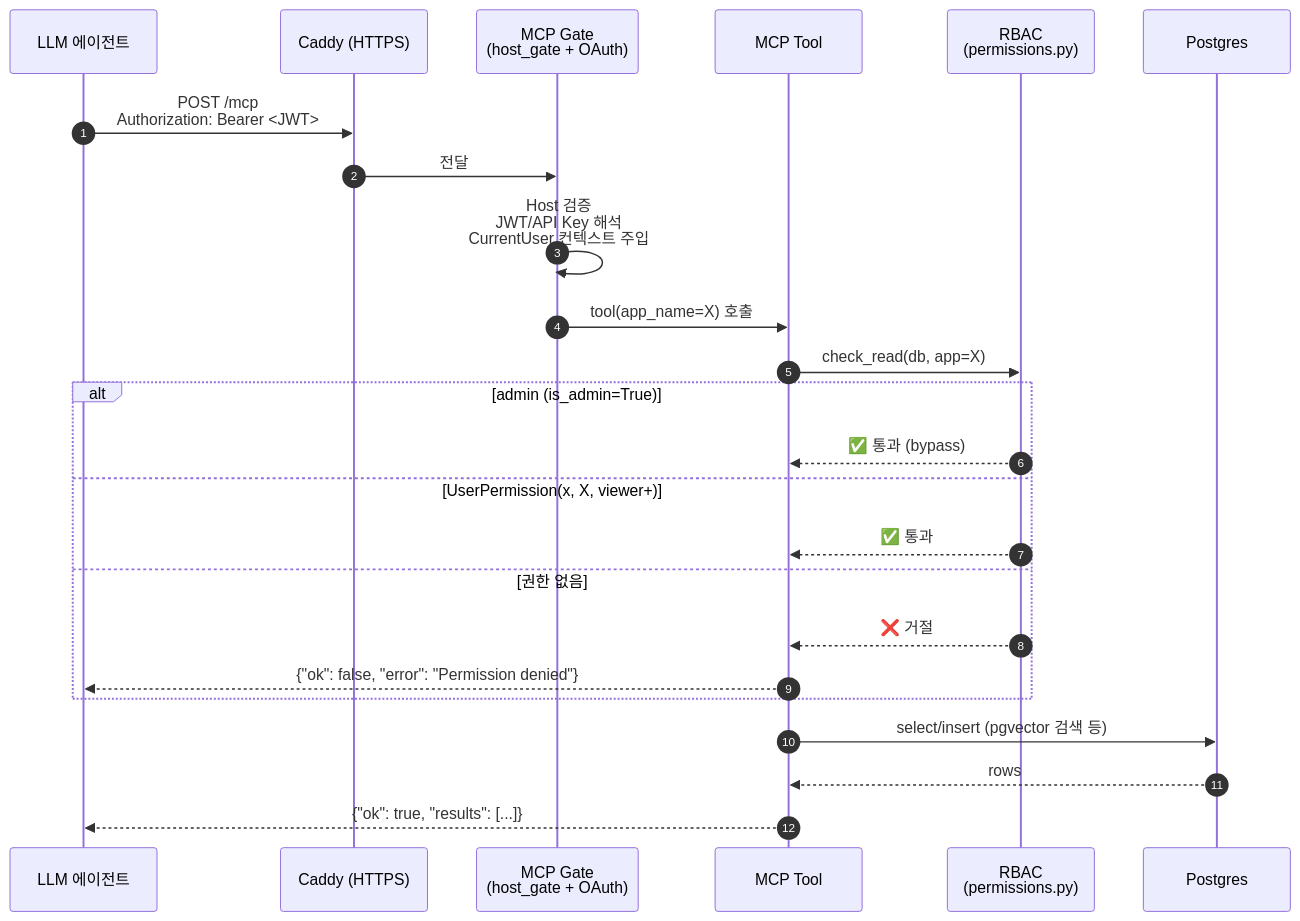
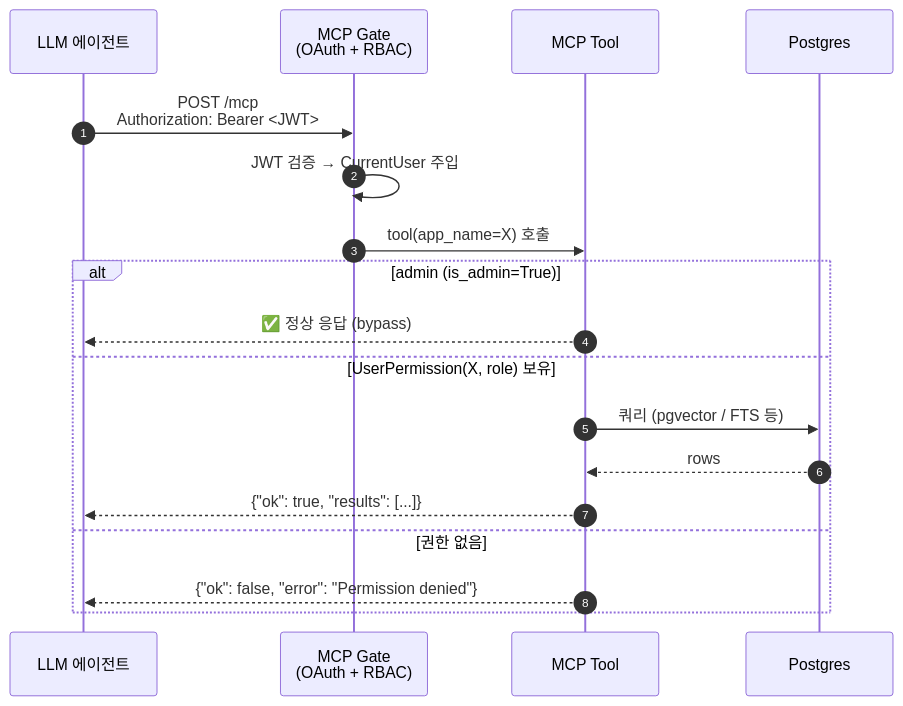
The fourth of 4 diagrams in README.md (Cha-Young-Ho/mcper), drawn with Mermaid before and after one commit. The commit also changed other lines of this file, not shown here.

First line of the commit message:
docs: README 다이어그램을 LiteLLM 스타일 허브 그림으로 교체 + duckdns 제거

````diff
--- a/README.md
+++ b/README.md
@@ -116,27 +122,21 @@
 ```mermaid
 sequenceDiagram
     autonumber
     participant A as LLM 에이전트
-    participant C as Caddy (HTTPS)
-    participant G as MCP Gate<br/>(host_gate + OAuth)
+    participant G as MCP Gate<br/>(OAuth + RBAC)
     participant T as MCP Tool
-    participant P as RBAC<br/>(permissions.py)
     participant D as Postgres
 
-    A->>C: POST /mcp<br/>Authorization: Bearer <JWT>
-    C->>G: 전달
-    G->>G: Host 검증<br/>JWT/API Key 해석<br/>CurrentUser 컨텍스트 주입
+    A->>G: POST /mcp<br/>Authorization: Bearer <JWT>
+    G->>G: JWT 검증 → CurrentUser 주입
     G->>T: tool(app_name=X) 호출
-    T->>P: check_read(db, app=X)
     alt admin (is_admin=True)
-        P-->>T: ✅ 통과 (bypass)
-    else UserPermission(x, X, viewer+)
-        P-->>T: ✅ 통과
+        T-->>A: ✅ 정상 응답 (bypass)
+    else UserPermission(X, role) 보유
+        T->>D: 쿼리 (pgvector / FTS 등)
+        D-->>T: rows
+        T-->>A: {"ok": true, "results": [...]}
     else 권한 없음
-        P-->>T: ❌ 거절
         T-->>A: {"ok": false, "error": "Permission denied"}
     end
-    T->>D: select/insert (pgvector 검색 등)
-    D-->>T: rows
-    T-->>A: {"ok": true, "results": [...]}
 ```
````
